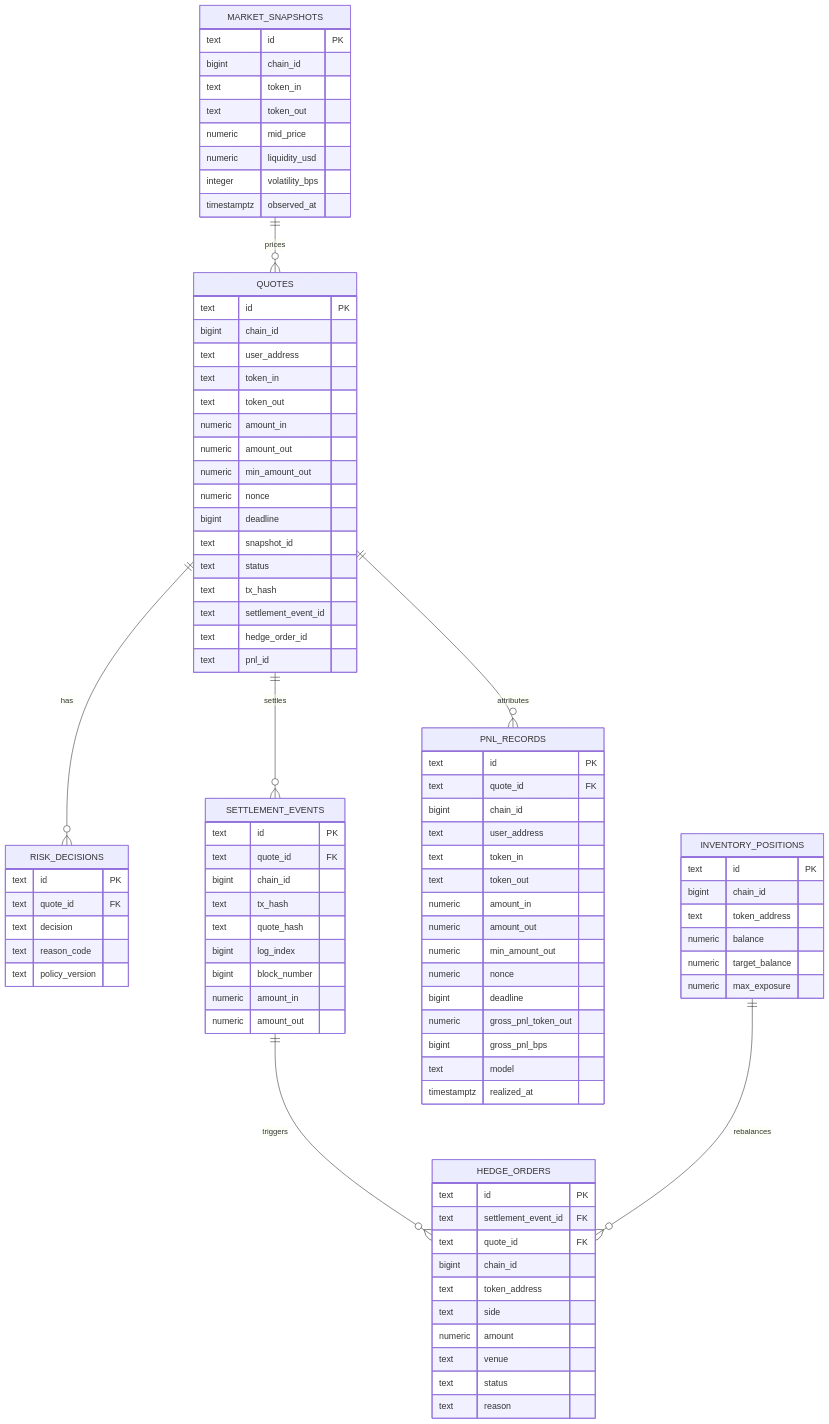
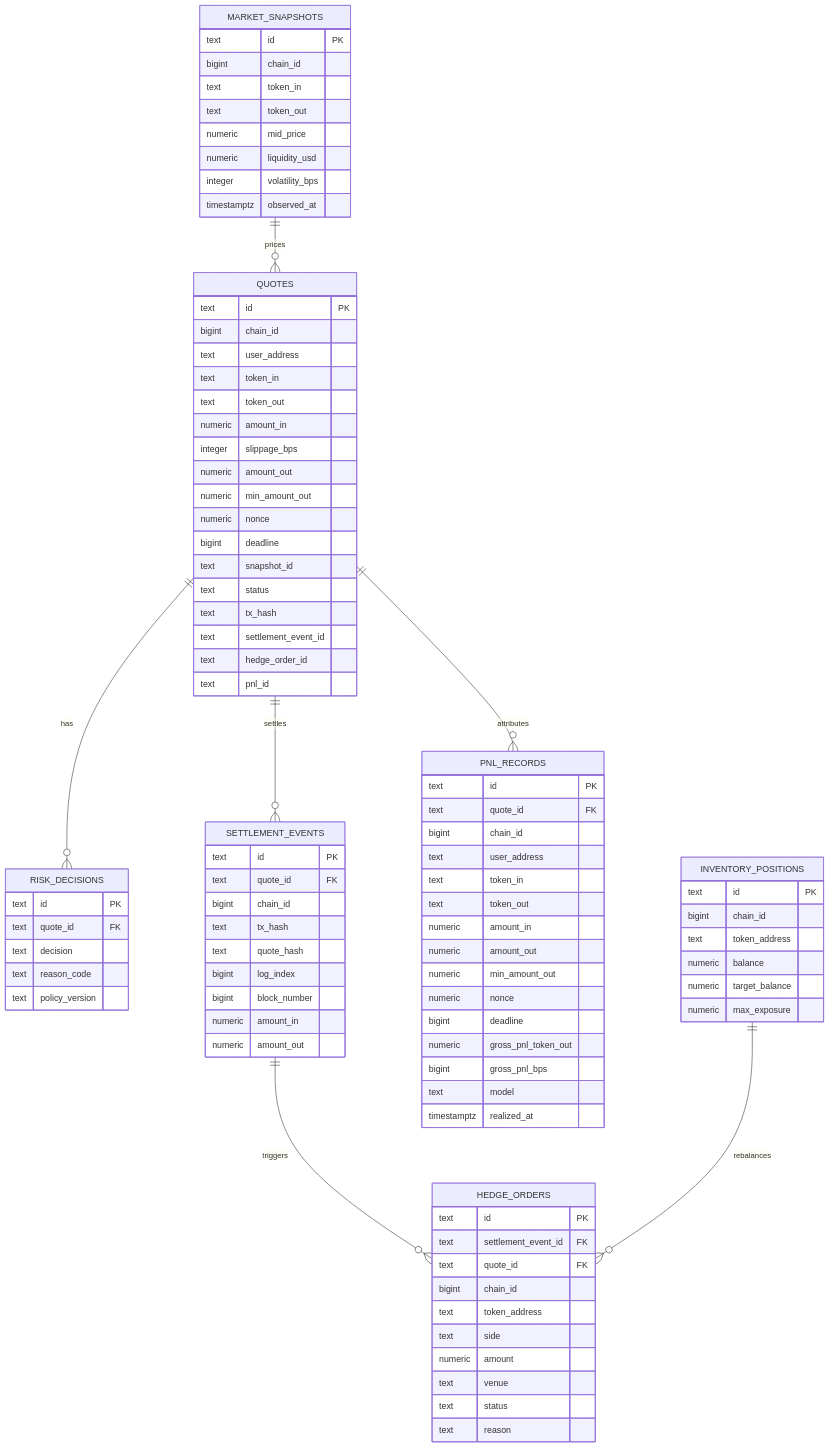
Before and after one commit to alvis-ai/production-grade-web3-rfq-market-maker: the diagram in docs/database/er-diagram.md, drawn with Mermaid. The commit also changed other lines of this file and 6 other files, not shown here.

Commit message:
fix: persist quote slippage bps

```diff
--- a/docs/database/er-diagram.md
+++ b/docs/database/er-diagram.md
@@ -18,6 +18,7 @@
     text token_in
     text token_out
     numeric amount_in
+    integer slippage_bps
     numeric amount_out
     numeric min_amount_out
     numeric nonce
```
